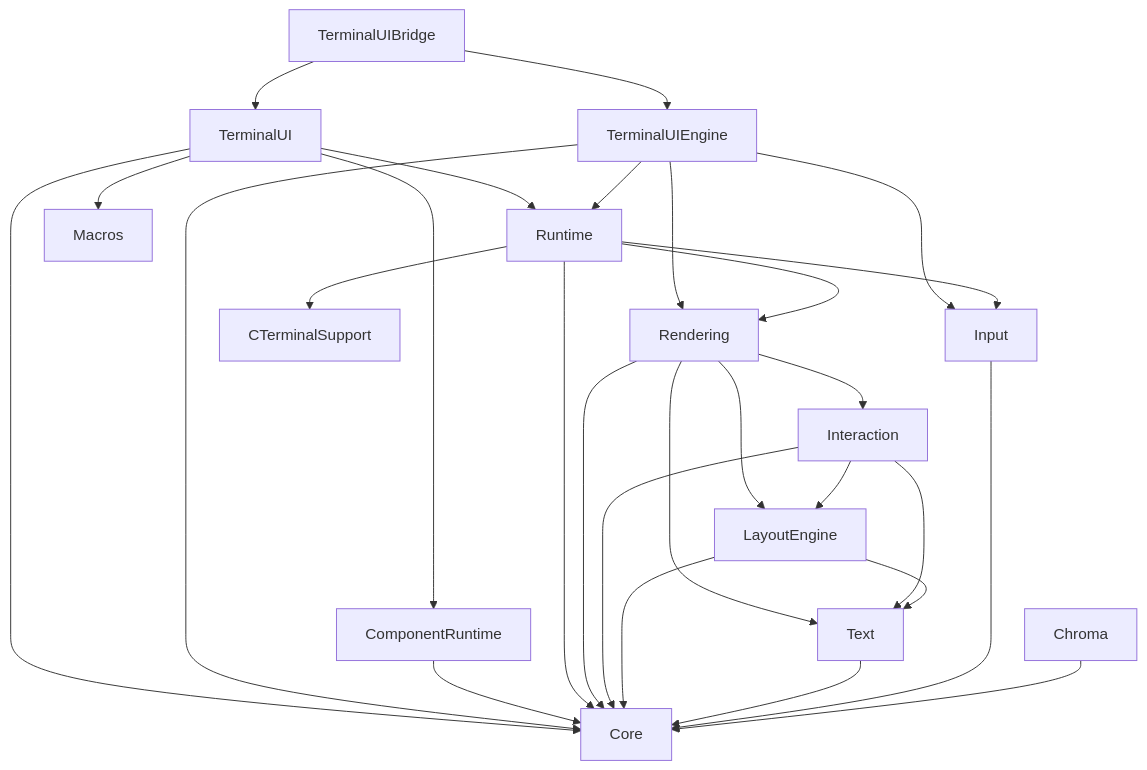
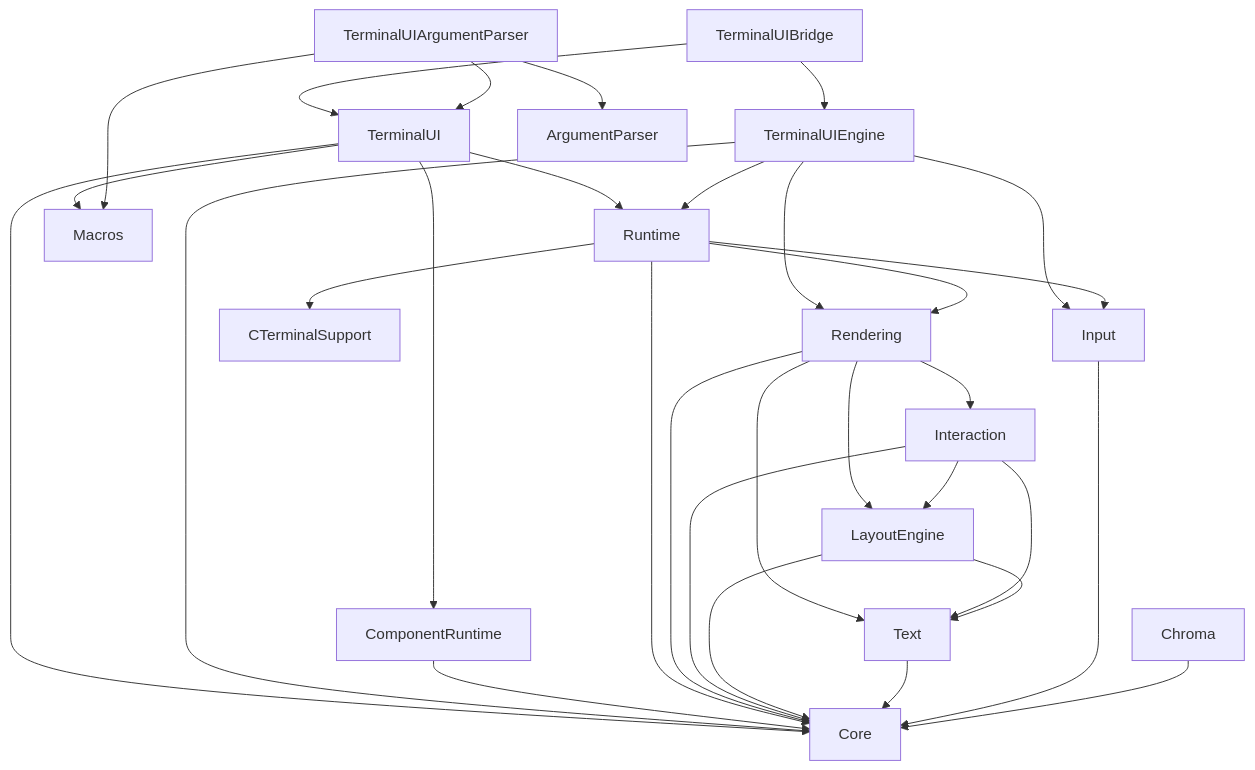
One commit to nicholascross/TerminalUI changed the diagram in Documentation/Architecture.md. Above: the diagram before and after it, drawn with Mermaid. The commit also changed other lines of this file and 52 other files, not shown here.

````diff
--- a/Documentation/Architecture.md
+++ b/Documentation/Architecture.md
@@ -21,30 +22,33 @@
 ```mermaid
 flowchart TD
     Bridge[TerminalUIBridge] --> UI[TerminalUI]
     Bridge --> Engine[TerminalUIEngine]
     UI --> Mount[ComponentRuntime]
     UI --> Runtime
     UI --> Macros
     UI --> Core
+    Arguments[TerminalUIArgumentParser] --> UI
+    Arguments --> Macros
+    Arguments --> Parser[ArgumentParser]
     Engine --> Runtime
     Engine --> Rendering
     Engine --> Input
     Engine --> Core
     Mount --> Core
     Runtime --> Rendering
     Runtime --> Input
     Runtime --> Core
     Runtime --> Native[CTerminalSupport]
     Rendering --> Layout[LayoutEngine]
     Rendering --> Interaction
     Rendering --> Text
     Rendering --> Core
     Interaction --> Layout
     Interaction --> Text
     Interaction --> Core
     Layout --> Text
     Layout --> Core
     Text --> Core
     Input --> Core
     Chroma --> Core
 ```
````
